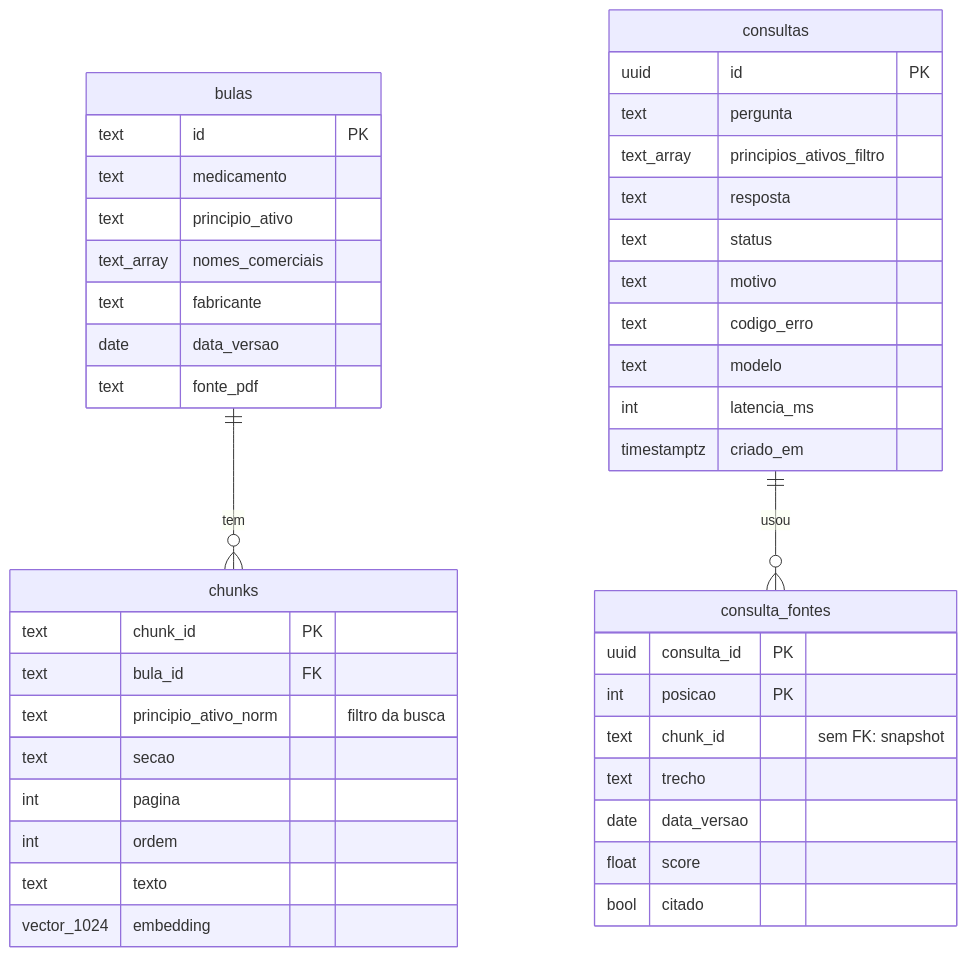
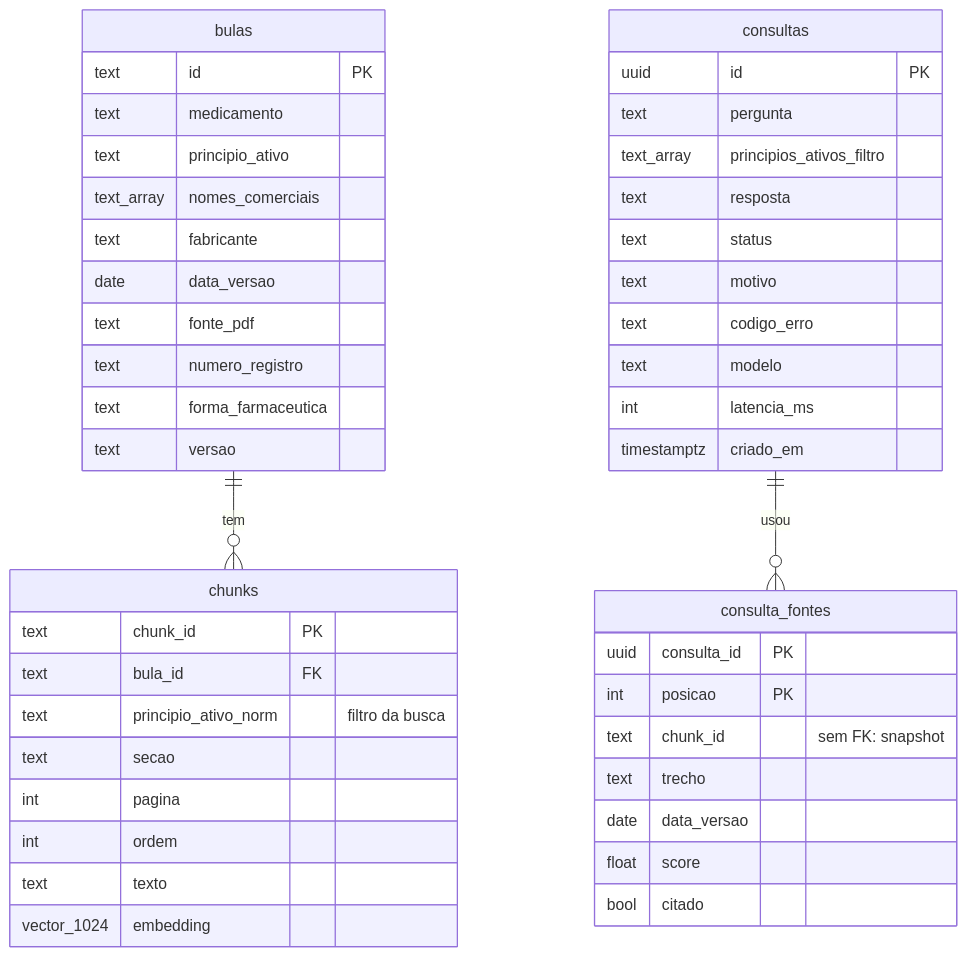
One commit to umdevaprendiz/farma-rag changed the fourth of 5 diagrams in README.md. Above: the diagram before and after it, drawn with Mermaid. The commit also changed other lines of this file and 36 other files, not shown here.

Commit message:
ingestão das buas reais: lote pelo manifesto, várias bulas por pdf, registro e forma farmaceutica

````diff
--- a/README.md
+++ b/README.md
@@ -202,46 +204,49 @@
 ```mermaid
 erDiagram
   bulas ||--o{ chunks : "tem"
   consultas ||--o{ consulta_fontes : "usou"
 
   bulas {
     text id PK
     text medicamento
     text principio_ativo
     text_array nomes_comerciais
     text fabricante
     date data_versao
     text fonte_pdf
+    text numero_registro
+    text forma_farmaceutica
+    text versao
   }
   chunks {
     text chunk_id PK
     text bula_id FK
     text principio_ativo_norm "filtro da busca"
     text secao
     int pagina
     int ordem
     text texto
     vector_1024 embedding
   }
   consultas {
     uuid id PK
     text pergunta
     text_array principios_ativos_filtro
     text resposta
     text status
     text motivo
     text codigo_erro
     text modelo
     int latencia_ms
     timestamptz criado_em
   }
   consulta_fontes {
     uuid consulta_id PK
     int posicao PK
     text chunk_id "sem FK: snapshot"
     text trecho
     date data_versao
     float score
     bool citado
   }
 ```
````
